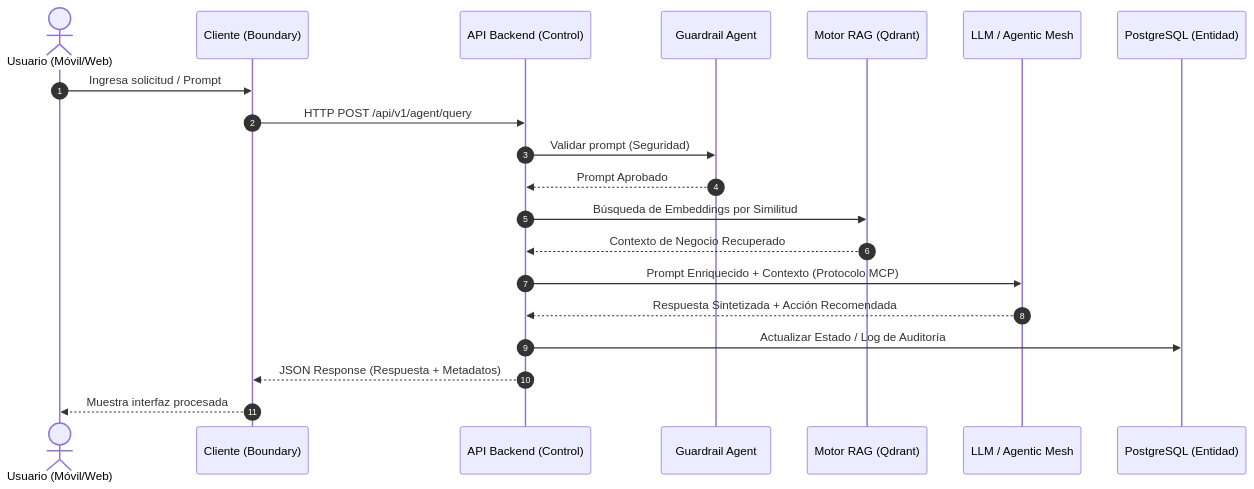
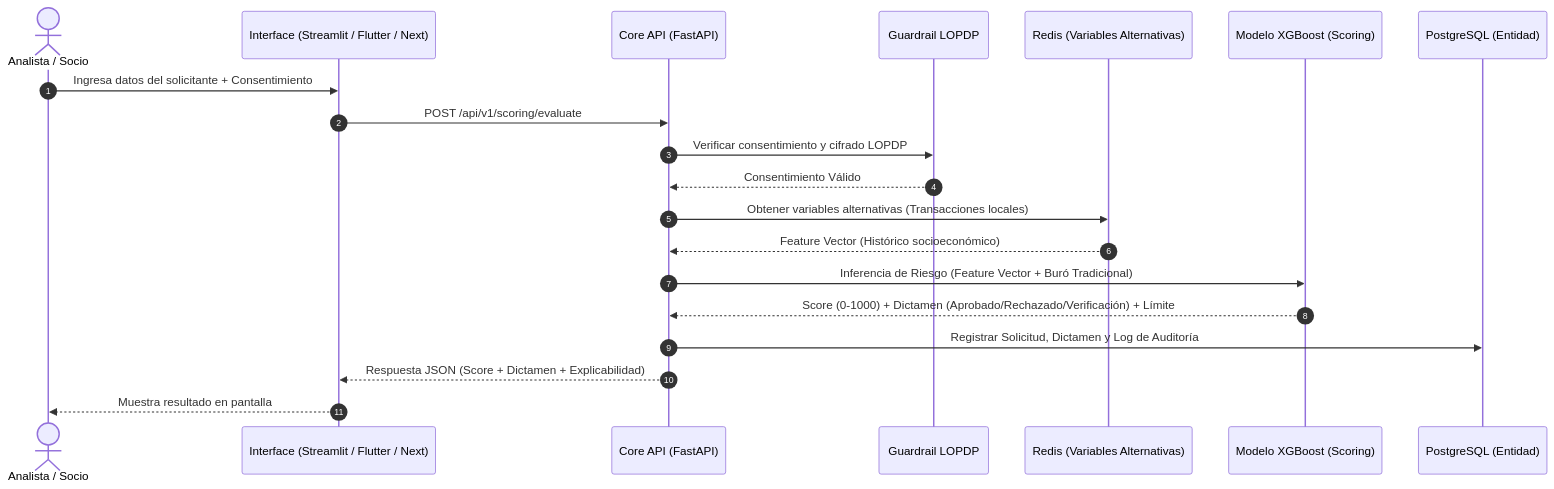
Before and after one commit to Antera-Labs/guidelines: the second of 4 diagrams in docs/DAS.md, drawn with Mermaid. The commit also changed other lines of this file, not shown here.

````diff
--- a/docs/DAS.md
+++ b/docs/DAS.md
@@ -140,23 +173,23 @@
 ```mermaid
 sequenceDiagram
     autonumber
-    actor Usuario as Usuario (Móvil/Web)
-    participant Borde as Cliente (Boundary)
-    participant Control as API Backend (Control)
-    participant Guardrail as Guardrail Agent
-    participant RAG as Motor RAG (Qdrant)
-    participant LLM as LLM / Agentic Mesh
+    actor Analista as Analista / Socio
+    participant Interface as Interface (Streamlit / Flutter / Next)
+    participant CoreAPI as Core API (FastAPI)
+    participant LOPDP as Guardrail LOPDP
+    participant FeatureStore as Redis (Variables Alternativas)
+    participant ModelML as Modelo XGBoost (Scoring)
     participant DB as PostgreSQL (Entidad)
 
-    Usuario->>Borde: Ingresa solicitud / Prompt
-    Borde->>Control: HTTP POST /api/v1/agent/query
-    Control->>Guardrail: Validar prompt (Seguridad)
-    Guardrail-->>Control: Prompt Aprobado
-    Control->>RAG: Búsqueda de Embeddings por Similitud
-    RAG-->>Control: Contexto de Negocio Recuperado
-    Control->>LLM: Prompt Enriquecido + Contexto (Protocolo MCP)
-    LLM-->>Control: Respuesta Sintetizada + Acción Recomendada
-    Control->>DB: Actualizar Estado / Log de Auditoría
-    Control-->>Borde: JSON Response (Respuesta + Metadatos)
-    Borde-->>Usuario: Muestra interfaz procesada
+    Analista->>Interface: Ingresa datos del solicitante + Consentimiento
+    Interface->>CoreAPI: POST /api/v1/scoring/evaluate
+    CoreAPI->>LOPDP: Verificar consentimiento y cifrado LOPDP
+    LOPDP-->>CoreAPI: Consentimiento Válido
+    CoreAPI->>FeatureStore: Obtener variables alternativas (Transacciones locales)
+    FeatureStore-->>CoreAPI: Feature Vector (Histórico socioeconómico)
+    CoreAPI->>ModelML: Inferencia de Riesgo (Feature Vector + Buró Tradicional)
+    ModelML-->>CoreAPI: Score (0-1000) + Dictamen (Aprobado/Rechazado/Verificación) + Límite
+    CoreAPI->>DB: Registrar Solicitud, Dictamen y Log de Auditoría
+    CoreAPI-->>Interface: Respuesta JSON (Score + Dictamen + Explicabilidad)
+    Interface-->>Analista: Muestra resultado en pantalla
 ```
````
